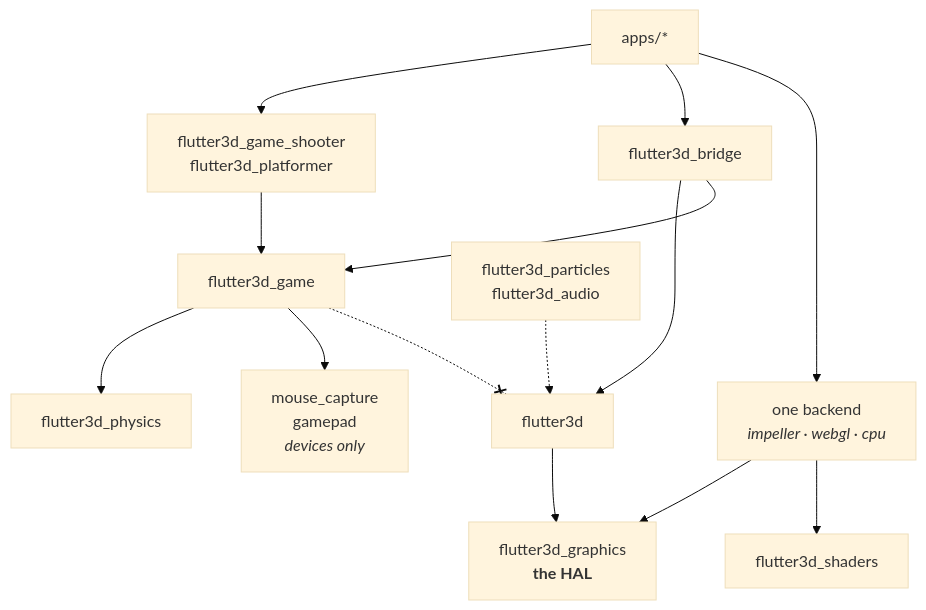
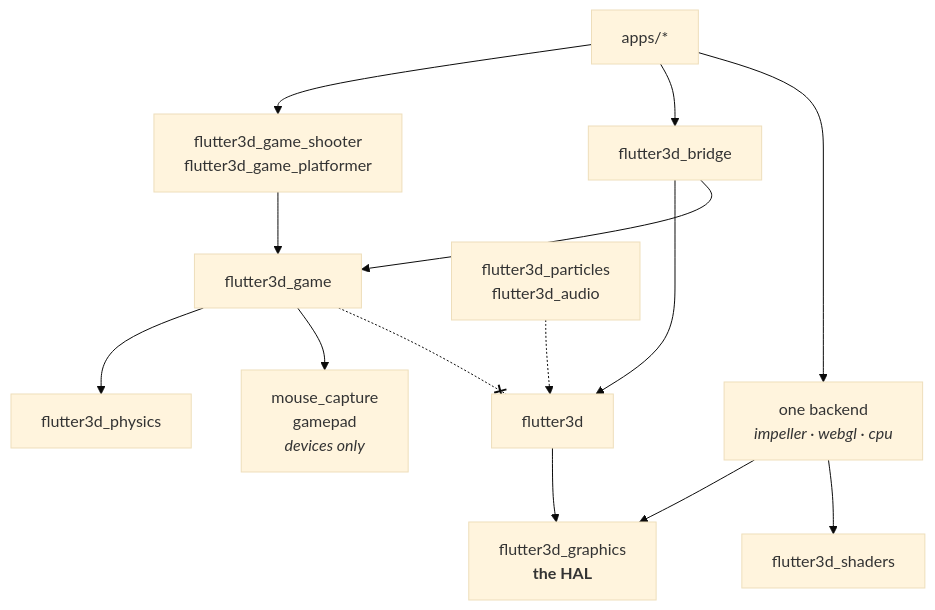
One commit to pleiondev/flutter3d changed the diagram in site/content/reference/packages.md. Above: the diagram before and after it, drawn with Mermaid (base theme). The commit also changed other lines of this file and 75 other files, not shown here.

First line of the commit message:
flutter3d_platformer is flutter3d_game_platformer

````diff
--- a/site/content/reference/packages.md
+++ b/site/content/reference/packages.md
@@ -129,18 +129,18 @@
 ```mermaid
 flowchart TB
-  apps["apps/*"] --> genres["flutter3d_game_shooter<br>flutter3d_platformer"]
+  apps["apps/*"] --> genres["flutter3d_game_shooter<br>flutter3d_game_platformer"]
   apps --> bridge["flutter3d_bridge"]
   apps --> backend["one backend<br><i>impeller · webgl · cpu</i>"]
   genres --> game["flutter3d_game"]
   bridge --> engine["flutter3d"]
   bridge --> game
   game --> physics["flutter3d_physics"]
   engine --> gfx["flutter3d_graphics<br><b>the HAL</b>"]
   backend --> gfx
   backend --> shaders["flutter3d_shaders"]
   extras["flutter3d_particles<br>flutter3d_audio"] -.-> engine
   game --> devices["mouse_capture<br>gamepad<br><i>devices only</i>"]
 
   classDef forbidden stroke-dasharray: 4 3
   game -.-x engine
 ```
````
